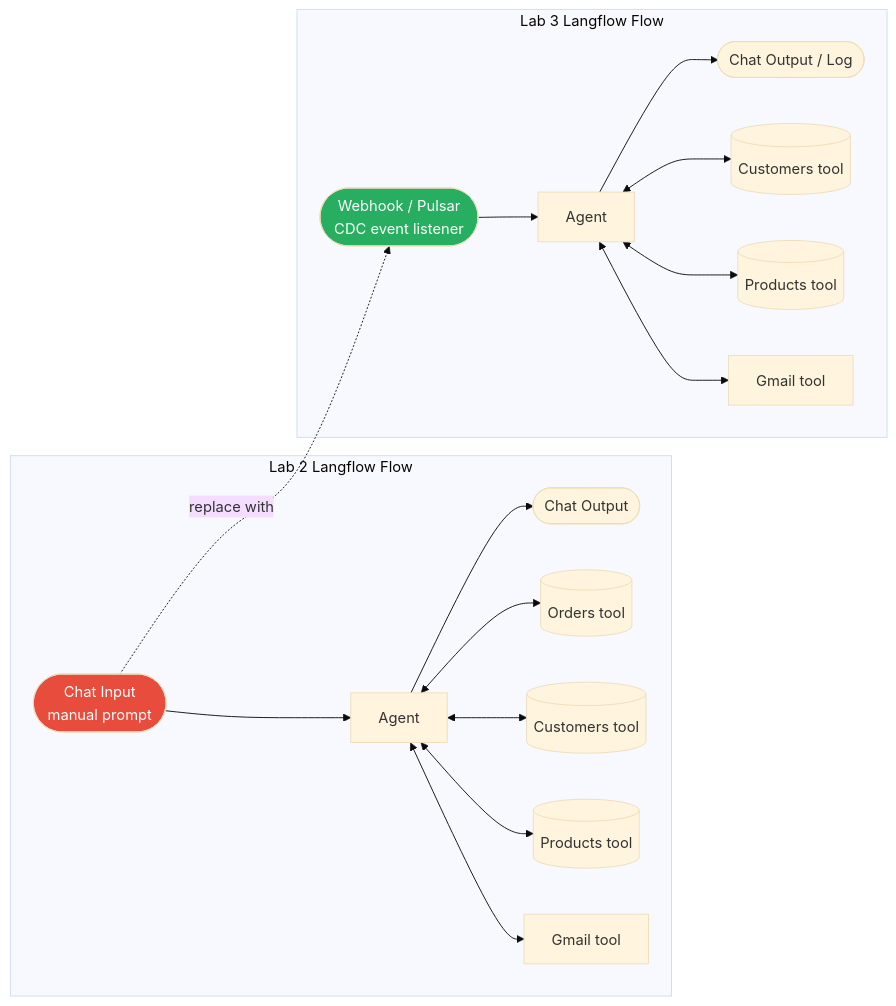
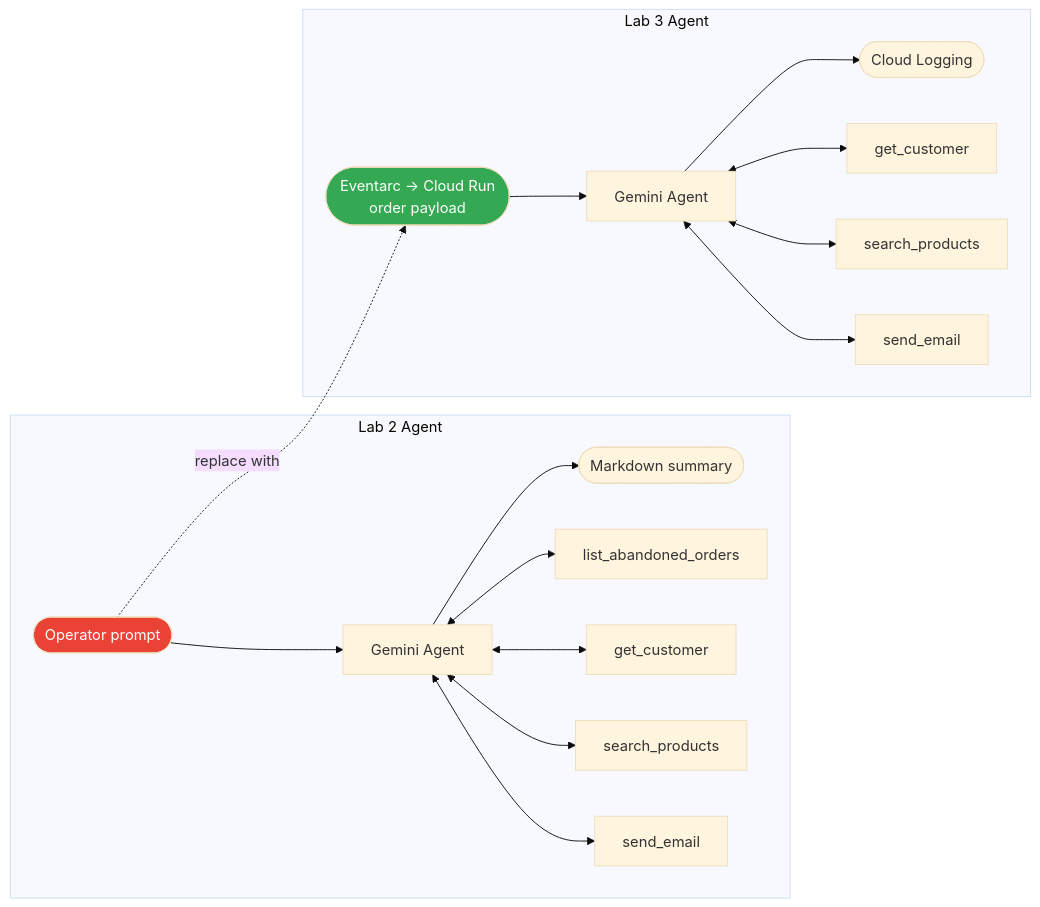
One commit to dambor/workshop-platform changed the eighth of 11 diagrams in public/workshops/workshop-retail.md. Above: the diagram before and after it, drawn with Mermaid (base theme). The commit also changed other lines of this file and 150 other files, not shown here.

````diff
--- a/public/workshops/workshop-retail.md
+++ b/public/workshops/workshop-retail.md
@@ -739,24 +867,24 @@
 ```mermaid 60%
 flowchart LR
-    subgraph Lab2Flow["Lab 2 Langflow Flow"]
-        CI([Chat Input\nmanual prompt]) --> AG[Agent]
-        AG --> CO([Chat Output])
-        AG <--> O1[(Orders tool)]
-        AG <--> C1[(Customers tool)]
-        AG <--> P1[(Products tool)]
-        AG <--> G1[Gmail tool]
+    subgraph Lab2Flow["Lab 2 Agent"]
+        CI([Operator prompt]) --> AG[Gemini Agent]
+        AG --> CO([Markdown summary])
+        AG <--> L1[list_abandoned_orders]
+        AG <--> C1[get_customer]
+        AG <--> P1[search_products]
+        AG <--> G1[send_email]
     end
 
-    subgraph Lab3Flow["Lab 3 Langflow Flow"]
-        WH([Webhook / Pulsar\nCDC event listener]) --> AG2[Agent]
-        AG2 --> CO2([Chat Output / Log])
-        AG2 <--> C2[(Customers tool)]
-        AG2 <--> P2[(Products tool)]
-        AG2 <--> G2[Gmail tool]
+    subgraph Lab3Flow["Lab 3 Agent"]
+        WH([Eventarc → Cloud Run\norder payload]) --> AG2[Gemini Agent]
+        AG2 --> CO2([Cloud Logging])
+        AG2 <--> C2[get_customer]
+        AG2 <--> P2[search_products]
+        AG2 <--> G2[send_email]
     end
 
     CI -.->|replace with| WH
 
-    style CI fill:#e74c3c,color:#fff
-    style WH fill:#27ae60,color:#fff
+    style CI fill:#EA4335,color:#fff
+    style WH fill:#34A853,color:#fff
 ```
````
